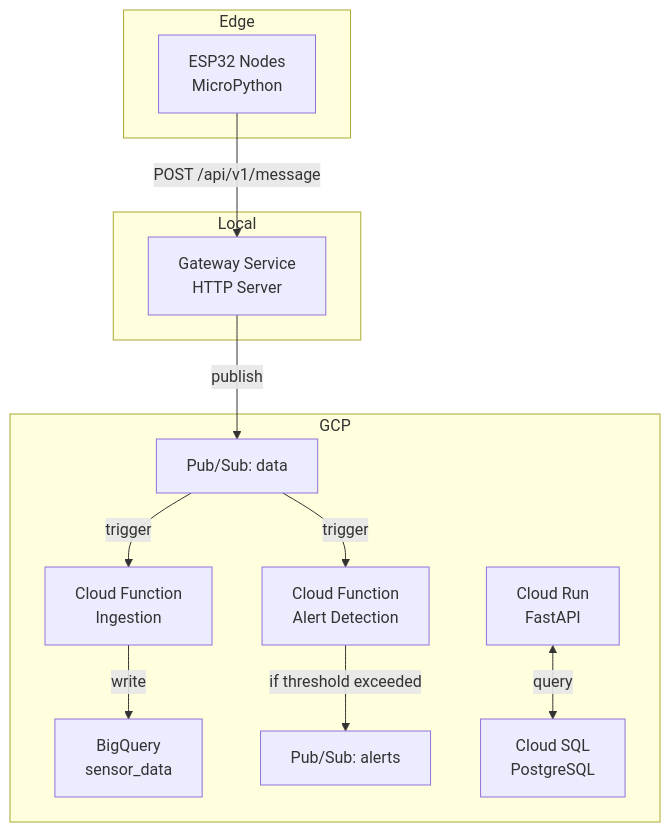
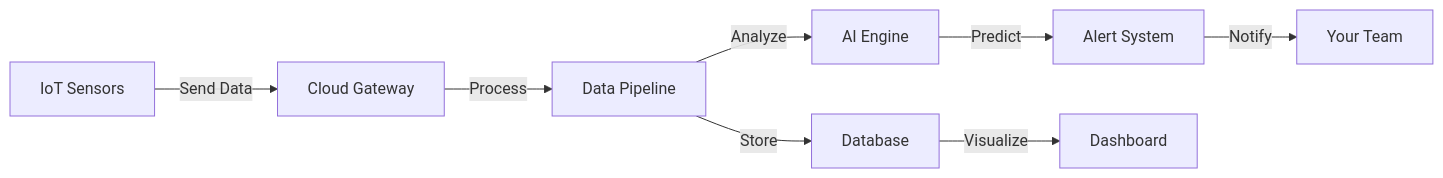
One commit to ahmedennaifer/greencop changed the diagram in README.md. Above: the diagram before and after it, drawn with Mermaid. The commit also changed other lines of this file, not shown here.

````diff
--- a/README.md
+++ b/README.md
@@ -9,29 +77,10 @@
 ```mermaid
-graph TB
-    subgraph Edge
-        ESP32[ESP32 Nodes<br/>MicroPython]
-    end
-
-    subgraph Local
-        GW[Gateway Service<br/>HTTP Server]
-    end
-
-    subgraph GCP
-        PS1[Pub/Sub: data]
-        CF1[Cloud Function<br/>Ingestion]
-        CF2[Cloud Function<br/>Alert Detection]
-        BQ[BigQuery<br/>sensor_data]
-        PS2[Pub/Sub: alerts]
-
-        API[Cloud Run<br/>FastAPI]
-        DB[Cloud SQL<br/>PostgreSQL]
-    end
-
-    ESP32 -->|POST /api/v1/message| GW
-    GW -->|publish| PS1
-    PS1 -->|trigger| CF1
-    PS1 -->|trigger| CF2
-    CF1 -->|write| BQ
-    CF2 -->|if threshold exceeded| PS2
-    API <-->|query| DB
+graph LR
+    A[IoT Sensors] -->|Send Data| B[Cloud Gateway]
+    B -->|Process| C[Data Pipeline]
+    C -->|Store| D[Database]
+    C -->|Analyze| E[AI Engine]
+    E -->|Predict| F[Alert System]
+    F -->|Notify| G[Your Team]
+    D -->|Visualize| H[Dashboard]
 ```
````
